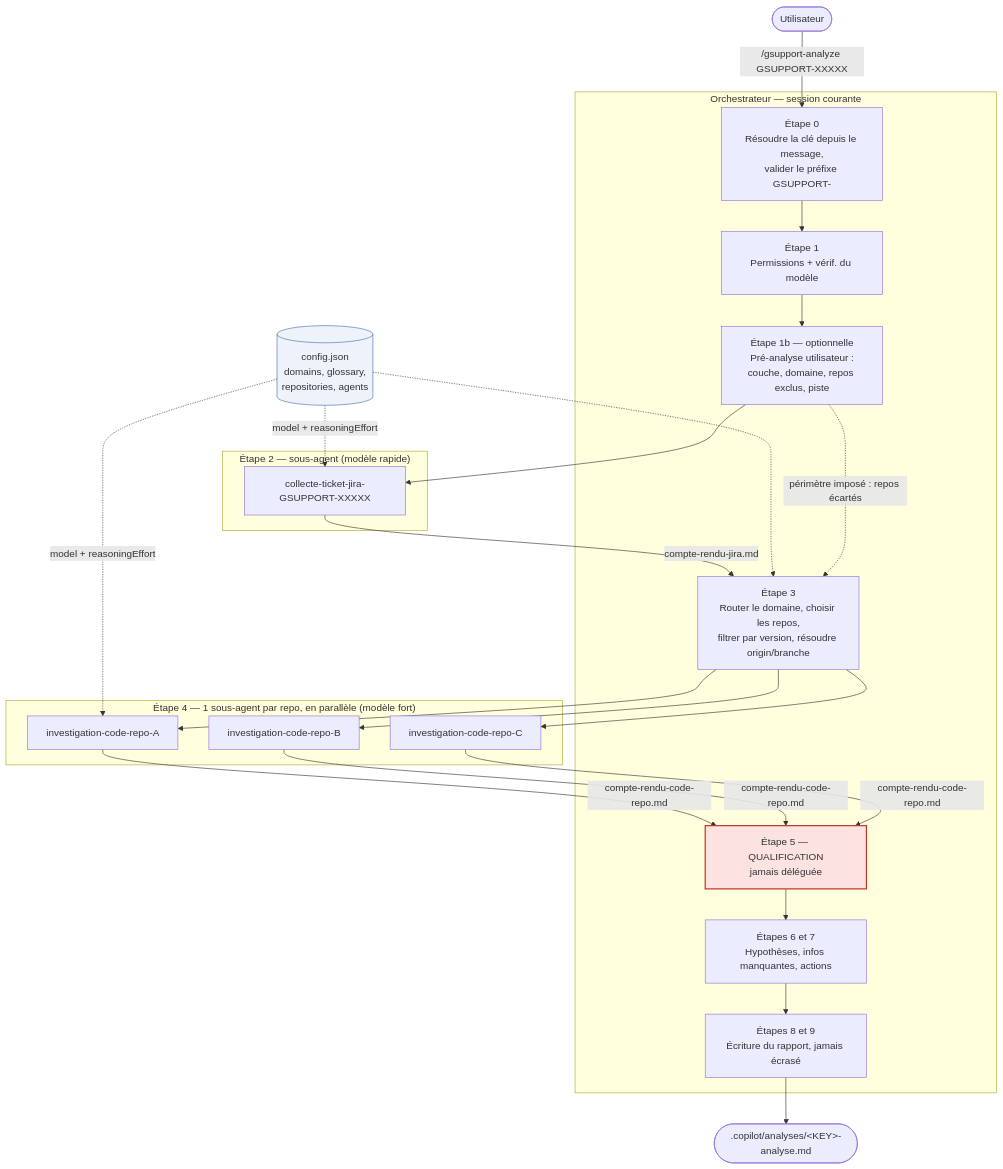
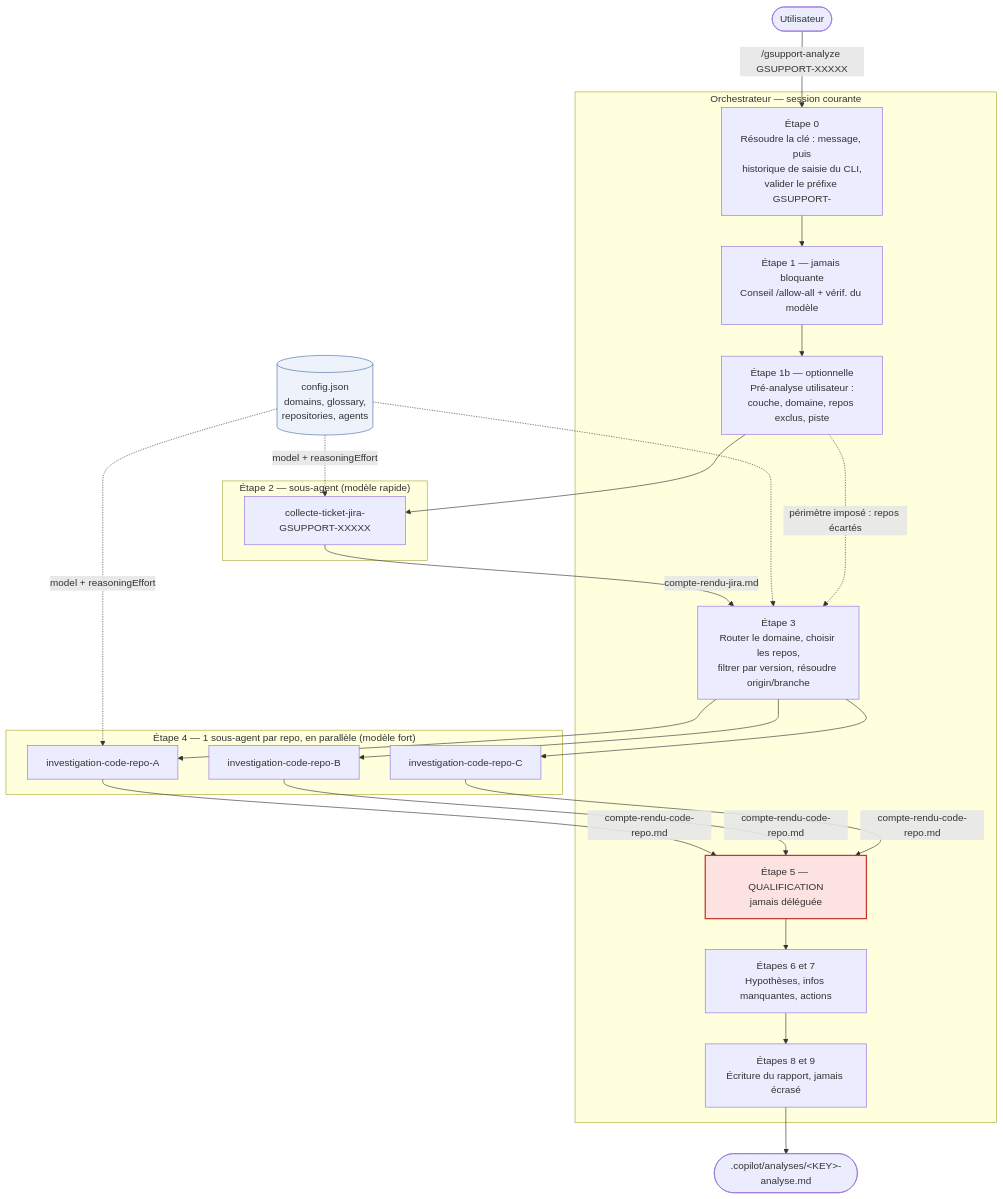
One commit to tomsoulage-dedalus/presc-workflows-tools changed the first of 4 diagrams in skills/gsupport-analyze/ARCHITECTURE.md. Above: the diagram before and after it, drawn with Mermaid. The commit also changed other lines of this file and 2 other files, not shown here.

Commit message:
fix(skills): résout la clé du ticket et ne coupe plus l'enchaînement
Le CLI n'injecte que le nom du skill lors d'une slash-command : l'argument
tapé après la commande est perdu, et la clé était redemandée alors qu'elle
venait d'être fournie. La résolution s'appuie désormais aussi sur
l'historique de saisie du CLI, et `argument-hint` documente le paramètre
dans l'autocomplétion.

L'étape 1 de gsupport-analyze demandait par ailleurs l'autorisation
d'exécution puis rendait la main en attendant `/allow-all` — l'analyse ne
repartait jamais. Elle devient un simple conseil, sans interruption.

````diff
--- a/skills/gsupport-analyze/ARCHITECTURE.md
+++ b/skills/gsupport-analyze/ARCHITECTURE.md
@@ -26,38 +26,38 @@
 ```mermaid
 flowchart TD
     U([Utilisateur]) -->|/gsupport-analyze GSUPPORT-XXXXX| E0
 
     subgraph ORCH["Orchestrateur — session courante"]
-        E0["Étape 0<br/>Résoudre la clé depuis le message,<br/>valider le préfixe GSUPPORT-"]
-        E1["Étape 1<br/>Permissions + vérif. du modèle"]
+        E0["Étape 0<br/>Résoudre la clé : message, puis<br/>historique de saisie du CLI,<br/>valider le préfixe GSUPPORT-"]
+        E1["Étape 1 — jamais bloquante<br/>Conseil /allow-all + vérif. du modèle"]
         E1B["Étape 1b — optionnelle<br/>Pré-analyse utilisateur :<br/>couche, domaine, repos exclus, piste"]
         E3["Étape 3<br/>Router le domaine, choisir les repos,<br/>filtrer par version, résoudre origin/branche"]
         E5["Étape 5 — QUALIFICATION<br/>jamais déléguée"]
         E6["Étapes 6 et 7<br/>Hypothèses, infos manquantes, actions"]
         E89["Étapes 8 et 9<br/>Écriture du rapport, jamais écrasé"]
     end
 
     subgraph SUB2["Étape 2 — sous-agent (modèle rapide)"]
         A2["collecte-ticket-jira-GSUPPORT-XXXXX"]
     end
 
     subgraph SUB4["Étape 4 — 1 sous-agent par repo, en parallèle (modèle fort)"]
         A4A["investigation-code-repo-A"]
         A4B["investigation-code-repo-B"]
         A4C["investigation-code-repo-C"]
     end
 
     E0 --> E1 --> E1B --> A2
     A2 -->|compte-rendu-jira.md| E3
     E3 --> A4A & A4B & A4C
     A4A & A4B & A4C -->|compte-rendu-code-repo.md| E5
     E5 --> E6 --> E89 --> R([".copilot/analyses/&lt;KEY&gt;-analyse.md"])
 
     CFG[(config.json<br/>domains, glossary,<br/>repositories, agents)] -.-> E3
     E1B -.->|périmètre imposé : repos écartés| E3
     CFG -.->|model + reasoningEffort| A2
     CFG -.->|model + reasoningEffort| A4A
 
     style E5 fill:#fde2e2,stroke:#c0392b,stroke-width:2px
     style CFG fill:#eef3fb,stroke:#4a6fa5
 ```
````
